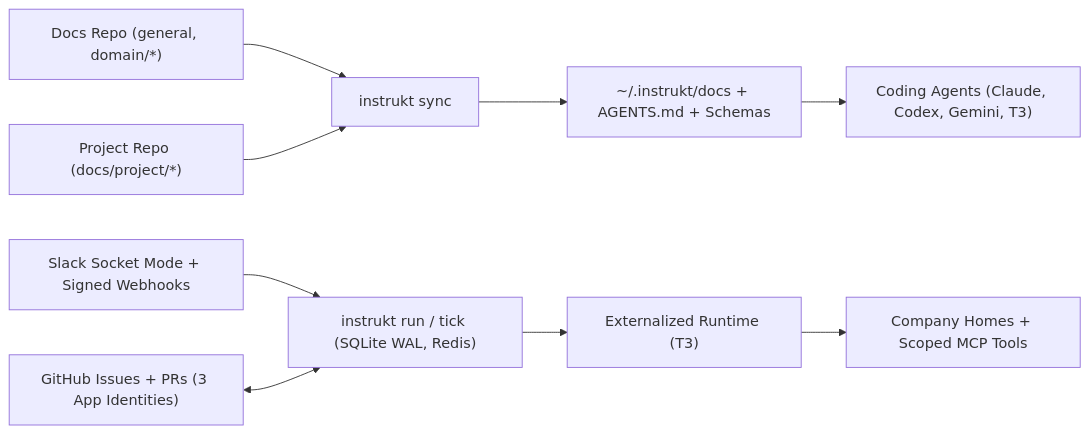
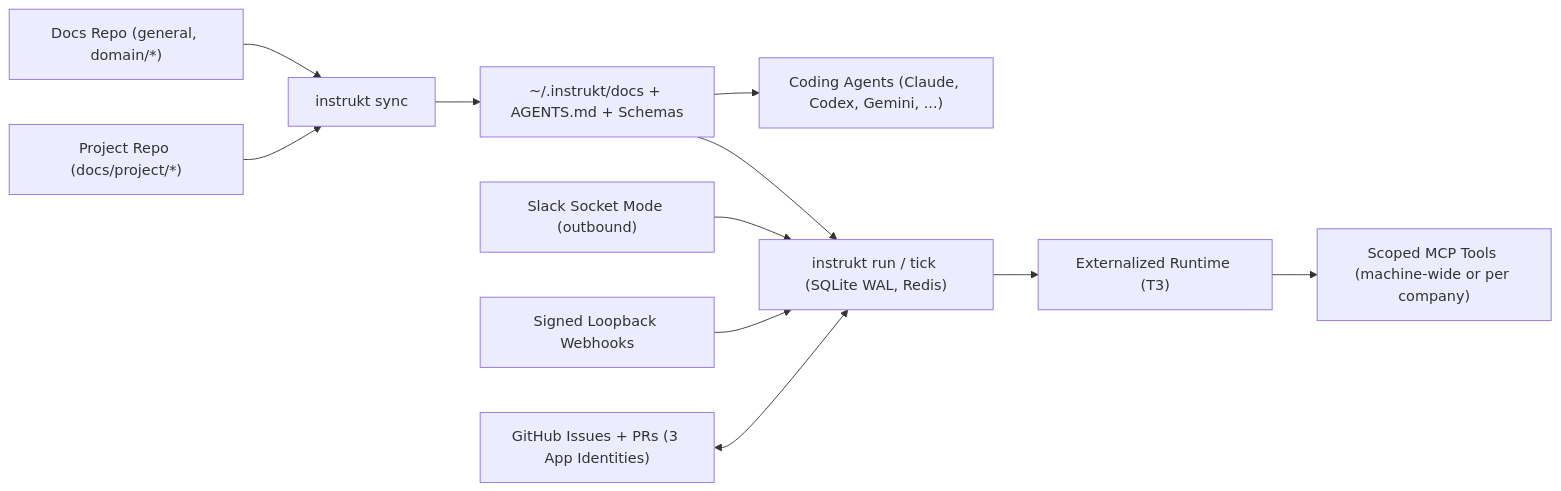
The diagram in README.md (InstruktAI/instrukt), drawn with Mermaid before and after one commit. The commit also changed other lines of this file, not shown here.

````diff
--- a/README.md
+++ b/README.md
@@ -30,12 +30,14 @@
 ```mermaid
 flowchart LR
     Docs["Docs Repo (general, domain/*)"] --> Sync["instrukt sync"]
     Proj["Project Repo (docs/project/*)"] --> Sync
     Sync --> Home["~/.instrukt/docs + AGENTS.md + Schemas"]
-    Home --> Agents["Coding Agents (Claude, Codex, Gemini, T3)"]
+    Home --> Agents["Coding Agents (Claude, Codex, Gemini, ...)"]
+    Home --> Runner["instrukt run / tick (SQLite WAL, Redis)"]
 
-    Slack["Slack Socket Mode + Signed Webhooks"] --> Runner["instrukt run / tick (SQLite WAL, Redis)"]
+    Slack["Slack Socket Mode (outbound)"] --> Runner
+    Hooks["Signed Loopback Webhooks"] --> Runner
     GitHub["GitHub Issues + PRs (3 App Identities)"] <--> Runner
     Runner --> Runtime["Externalized Runtime (T3)"]
-    Runtime --> MCP["Company Homes + Scoped MCP Tools"]
+    Runtime --> MCP["Scoped MCP Tools (machine-wide or per company)"]
 ```
````
